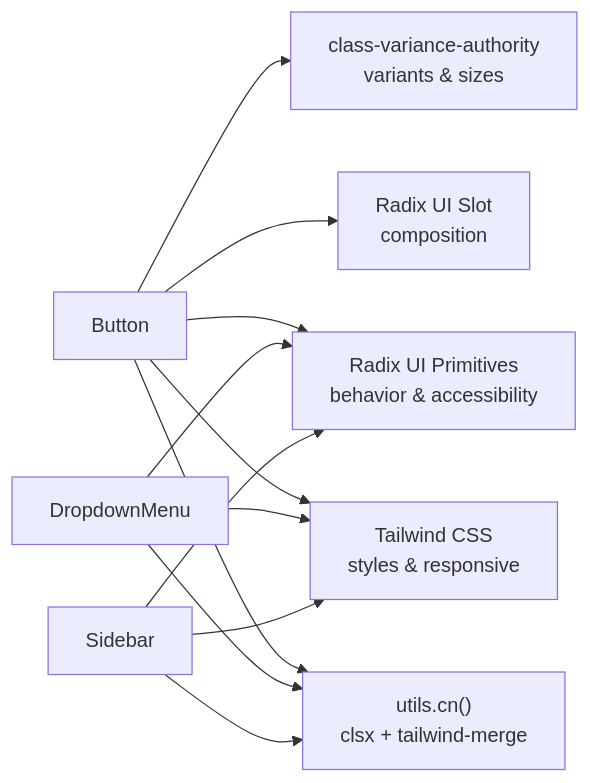
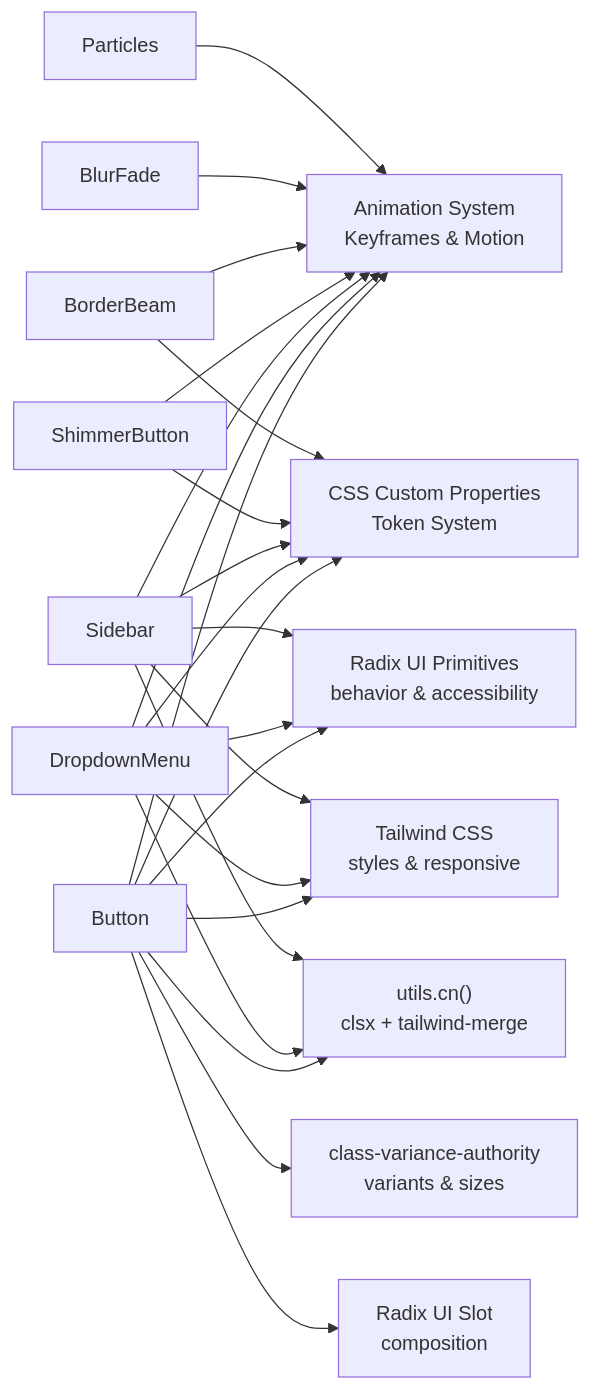
One commit to PA-Penajam/kepegawaian_apps changed the second of 6 diagrams in .qoder/repowiki/en/content/Frontend Architecture/React Component System/UI Primitives Library.md. Above: the diagram before and after it, drawn with Mermaid. The commit also changed other lines of this file and 4 other files, not shown here.

First line of the commit message:
docs(repowiki): update frontend architecture wiki dengan Magic UI components

````diff
--- a/.qoder/repowiki/en/content/Frontend Architecture/React Component System/UI Primitives Library.md
+++ b/.qoder/repowiki/en/content/Frontend Architecture/React Component System/UI Primitives Library.md
@@ -175,19 +232,33 @@
 ```mermaid
 graph LR
+THEME["CSS Custom Properties<br/>Token System"]
+ANIM["Animation System<br/>Keyframes & Motion"]
 CVA["class-variance-authority<br/>variants & sizes"]
 SLOT["Radix UI Slot<br/>composition"]
 RADIX["Radix UI Primitives<br/>behavior & accessibility"]
 TW["Tailwind CSS<br/>styles & responsive"]
 UTIL["utils.cn()<br/>clsx + tailwind-merge"]
-BTN["Button"] --> CVA
+BTN["Button"] --> THEME
+BTN --> ANIM
+BTN --> CVA
 BTN --> SLOT
 BTN --> RADIX
 BTN --> TW
 BTN --> UTIL
-DDM["DropdownMenu"] --> RADIX
+DDM["DropdownMenu"] --> THEME
+DDM --> ANIM
+DDM --> RADIX
 DDM --> TW
 DDM --> UTIL
-SB["Sidebar"] --> RADIX
+SB["Sidebar"] --> THEME
+SB --> ANIM
+SB --> RADIX
 SB --> TW
 SB --> UTIL
+SHIMMER["ShimmerButton"] --> THEME
+SHIMMER --> ANIM
+BEAM["BorderBeam"] --> THEME
+BEAM --> ANIM
+BLUR["BlurFade"] --> ANIM
+PARTICLES["Particles"] --> ANIM
 ```
````
